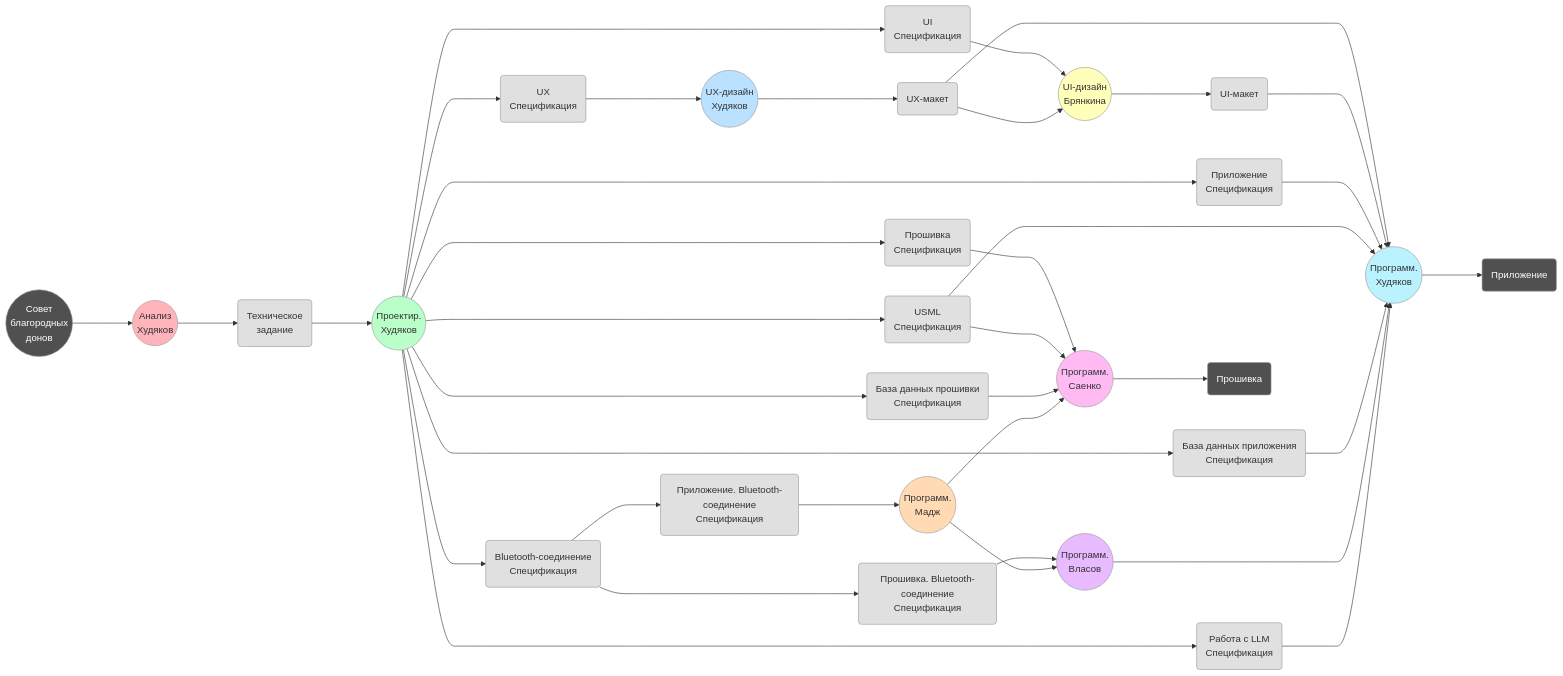
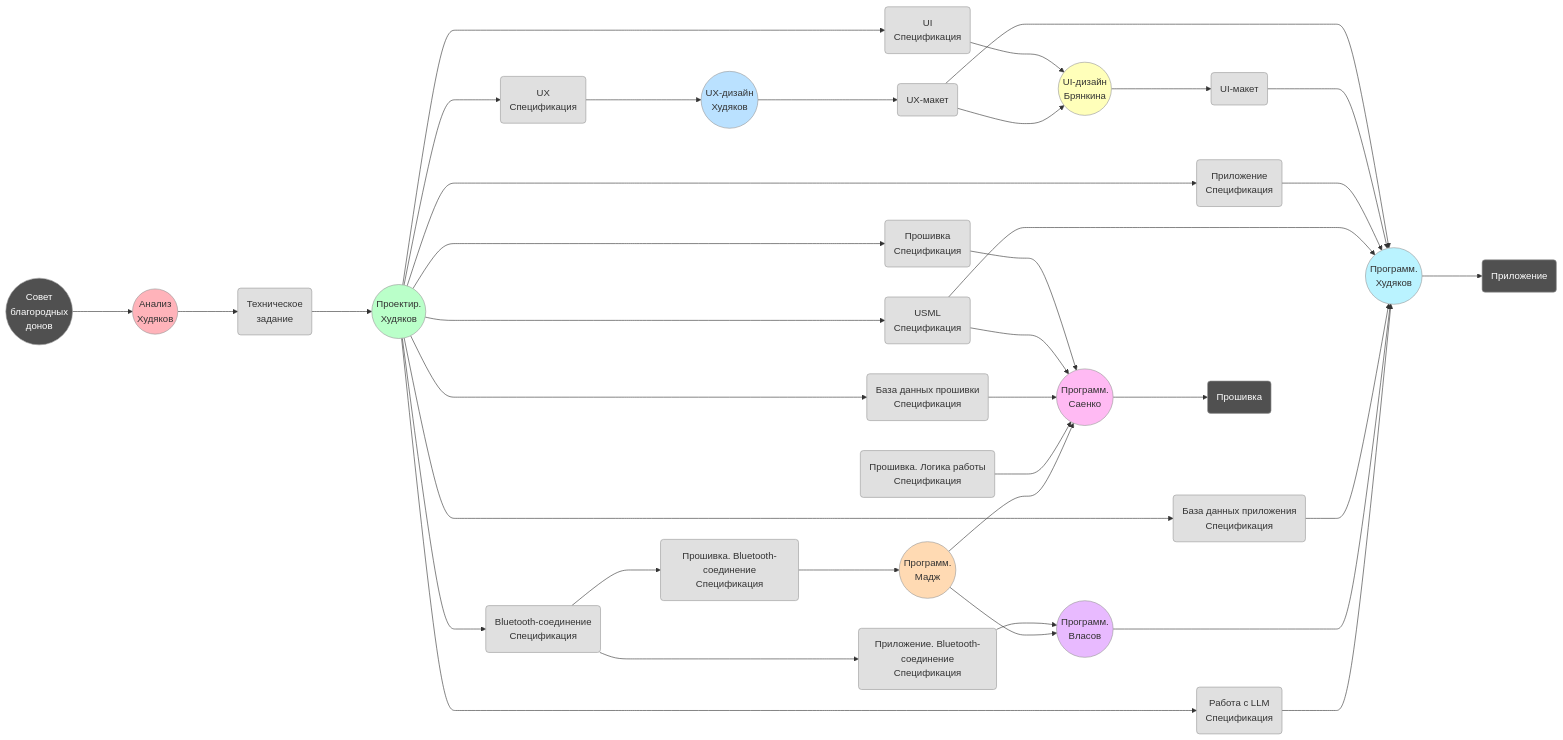
The diagram in Project/process.md (KhudyakovAlex/Synapse), drawn with Mermaid before and after one commit. The commit also changed 2 other files, not shown here.

Commit message:
Update: обработка репозитория

````diff
--- a/Project/process.md
+++ b/Project/process.md
@@ -31,6 +31,7 @@
     DSAPP(Приложение<br>Спецификация)
     DSDB(База данных приложения<br>Спецификация)
     DSFWDB(База данных прошивки<br>Спецификация)
+    DSFWL(Прошивка. Логика работы<br>Спецификация)
     DSP(USML<br>Спецификация)
     DSB(Bluetooth-соединение<br>Спецификация)
     DSLLM(Работа с LLM<br>Спецификация)
@@ -46,8 +47,8 @@
     DSAPPB(Приложение. Bluetooth-соединение<br>Спецификация)
 
     UIUXD ---> UIUX
-    DSFWB ---> APPB
-    DSAPPB ---> FWB
+    DSAPPB ---> APPB
+    DSFWB ---> FWB
 
     UIUX( UX-макет )
     APPB(( Программ.<br>Власов ))
@@ -74,6 +75,7 @@
     DSFW ---> FWD
     DSP ---> FWD
     DSFWDB ---> FWD
+    DSFWL ---> FWD
     FWB ---> FWD
 
     APPD(( Программ.<br>Худяков ))
@@ -108,6 +110,7 @@
     style DSFWB fill:#E0E0E0,stroke:#999
     style DSAPPB fill:#E0E0E0,stroke:#999
     style DSFWDB fill:#E0E0E0,stroke:#999
+    style DSFWL fill:#E0E0E0,stroke:#999
     style FW fill:#505050,stroke:#999,color:#fff
     style APP fill:#505050,stroke:#999,color:#fff
 
@@ -123,5 +126,6 @@
     click DSFWB "PDS/SynapsePDS_FW_Bluetooth.html"
     click DSAPPB "PDS/SynapsePDS_APP_Bluetooth.html"
     click DSFWDB "PDS/SynapsePDS_FW_DB.html"
+    click DSFWL "PDS/SynapsePDS_FW_Logic.html"
 
 ```
````
